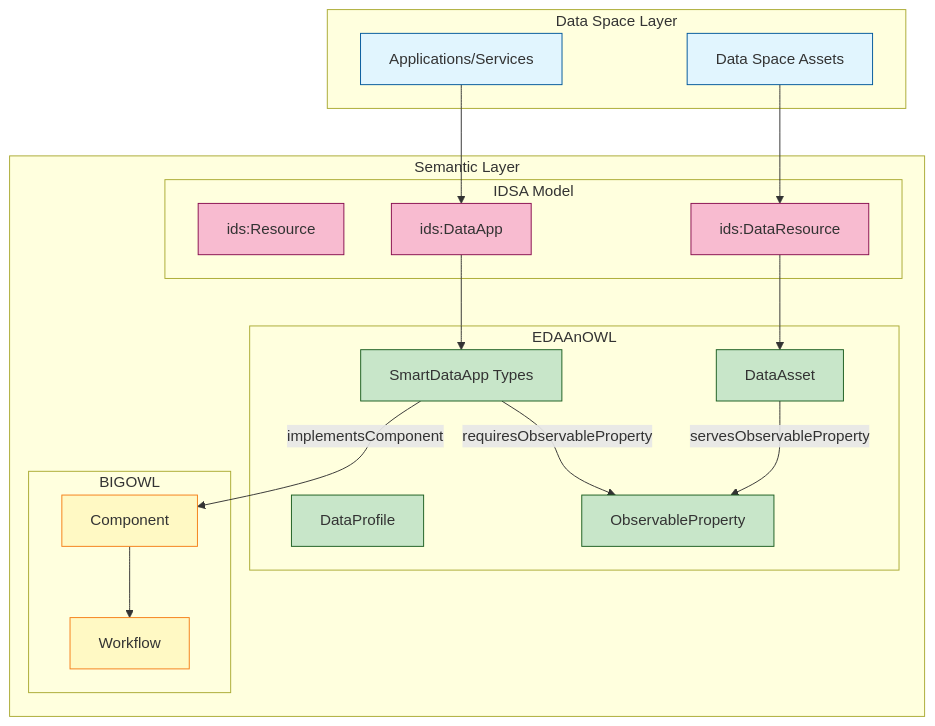
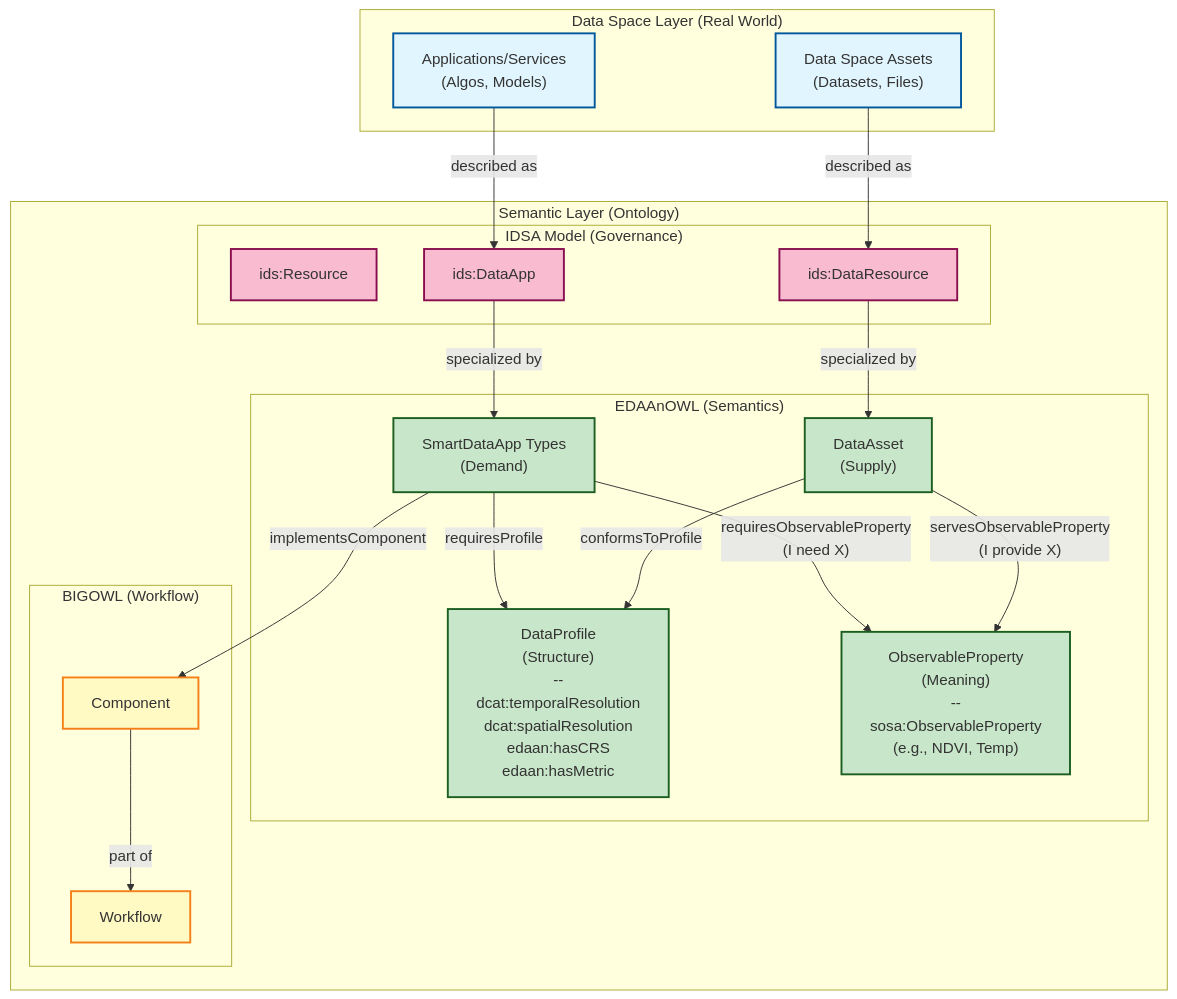
Before and after one commit to KhaosResearch/EDAAnOWL: the diagram in ARCHITECTURE.md, drawn with Mermaid. The commit also changed 18 other files, not shown here.

````diff
--- a/ARCHITECTURE.md
+++ b/ARCHITECTURE.md
@@ -3,46 +3,53 @@
 ```mermaid
 graph TB
-    subgraph DataSpace[Data Space Layer]
-        DS[Data Space Assets]
-        AP[Applications/Services]
+    subgraph DataSpace ["Data Space Layer (Real World)"]
+        DS["Data Space Assets<br/>(Datasets, Files)"]
+        AP["Applications/Services<br/>(Algos, Models)"]
     end
 
-    subgraph Semantic[Semantic Layer]
-        subgraph IDSA[IDSA Model]
-            IR[ids:Resource]
-            IDR[ids:DataResource]
-            IDA[ids:DataApp]
+    subgraph Semantic ["Semantic Layer (Ontology)"]
+        subgraph IDSA ["IDSA Model (Governance)"]
+            IR["ids:Resource"]
+            IDR["ids:DataResource"]
+            IDA["ids:DataApp"]
         end
 
-        subgraph EDAAnOWL[EDAAnOWL]
-            DA[DataAsset]
-            Apps[SmartDataApp Types]
-            Prof[DataProfile]
-            OP[ObservableProperty]
+        subgraph EDAAnOWL ["EDAAnOWL (Semantics)"]
+            DA["DataAsset<br/>(Supply)"]
+            Apps["SmartDataApp Types<br/>(Demand)"]
+            Prof["DataProfile<br/>(Structure)<br/>--<br/>dcat:temporalResolution<br/>dcat:spatialResolution<br/>edaan:hasCRS<br/>edaan:hasMetric"]
+            OP["ObservableProperty<br/>(Meaning)<br/>--<br/>sosa:ObservableProperty<br/>(e.g., NDVI, Temp)"]
         end
 
-        subgraph BIGOWL[BIGOWL]
-            WF[Workflow]
-            Comp[Component]
+        subgraph BIGOWL ["BIGOWL (Workflow)"]
+            WF["Workflow"]
+            Comp["Component"]
         end
     end
 
-    DS --> IDR
-    AP --> IDA
-    IDR --> DA
-    IDA --> Apps
-    DA -- servesObservableProperty --> OP
-    Apps -- requiresObservableProperty --> OP
-    Apps -- implementsComponent --> Comp
-    Comp --> WF
+    %% Relationships
+    DS -->|"described as"| IDR
+    AP -->|"described as"| IDA
+    IDR -->|"specialized by"| DA
+    IDA -->|"specialized by"| Apps
+    
+    DA -- "servesObservableProperty<br/>(I provide X)" --> OP
+    Apps -- "requiresObservableProperty<br/>(I need X)" --> OP
+    
+    DA -- "conformsToProfile" --> Prof
+    Apps -- "requiresProfile" --> Prof
 
-    classDef space fill:#e1f5fe,stroke:#01579b
-    classDef idsa fill:#f8bbd0,stroke:#880e4f
-    classDef edaan fill:#c8e6c9,stroke:#1b5e20
-    classDef bigowl fill:#fff9c4,stroke:#f57f17
+    Apps -- "implementsComponent" --> Comp
+    Comp -->|"part of"| WF
+
+    %% Styling
+    classDef space fill:#e1f5fe,stroke:#01579b,stroke-width:2px
+    classDef idsa fill:#f8bbd0,stroke:#880e4f,stroke-width:2px
+    classDef edaan fill:#c8e6c9,stroke:#1b5e20,stroke-width:2px
+    classDef bigowl fill:#fff9c4,stroke:#f57f17,stroke-width:2px
 
     class DS,AP space
     class IR,IDR,IDA idsa
     class DA,Apps,Prof,OP edaan
     class WF,Comp bigowl
 ```
````
